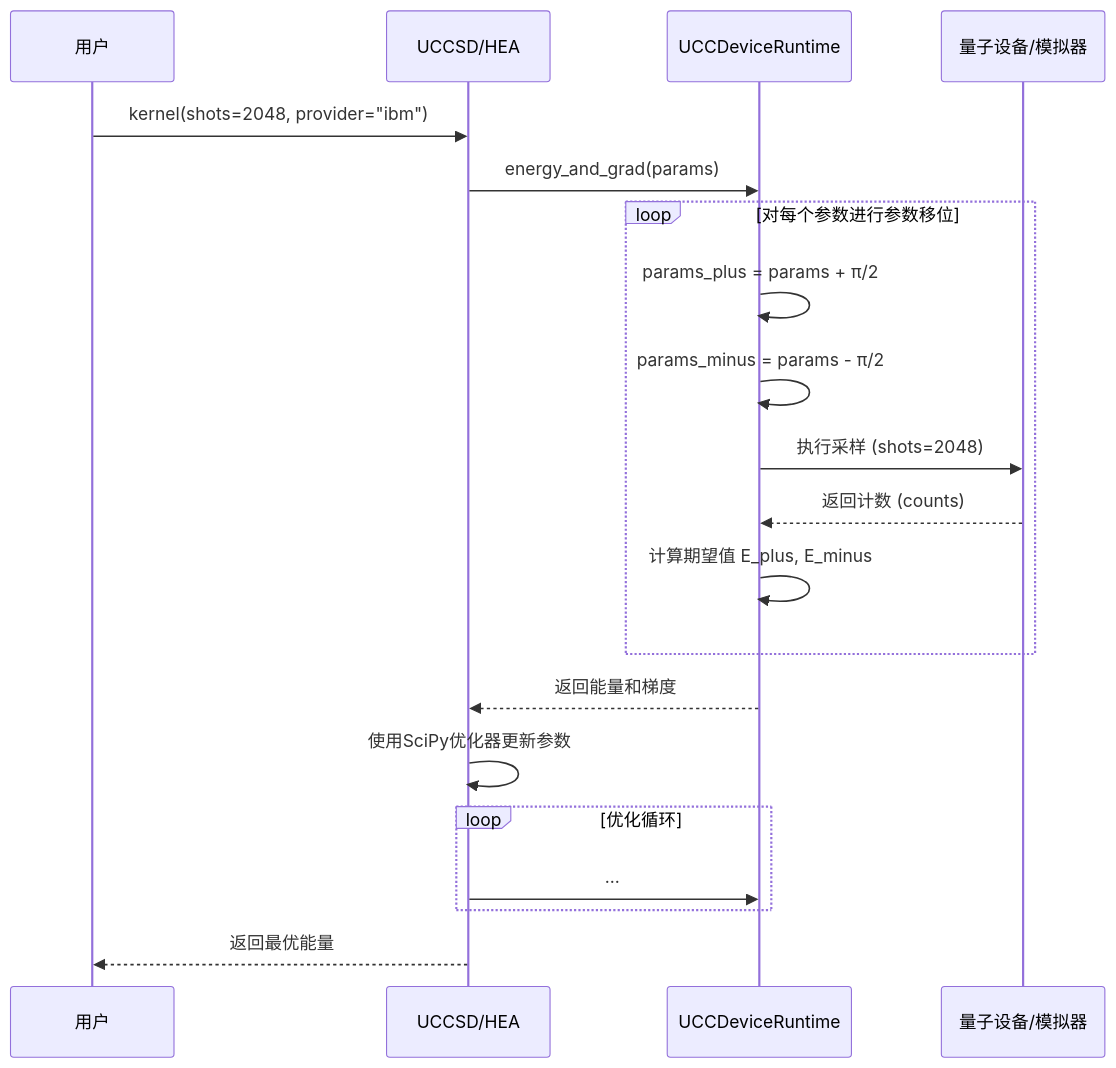
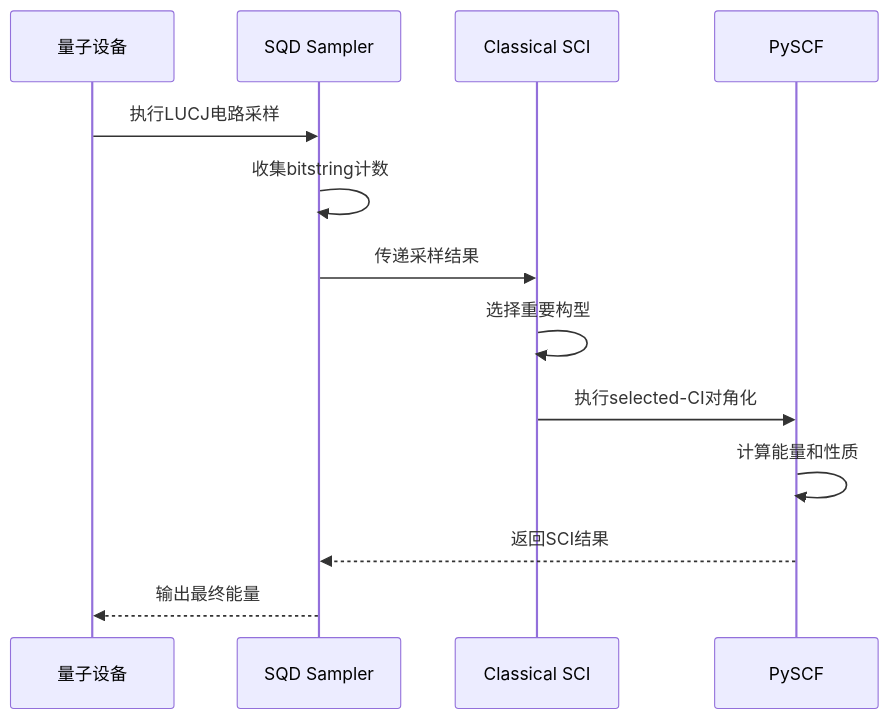
The second of 2 diagrams in .qoder/repowiki/zh/content/量子化学应用/量子化学算法/量子化学算法.md (QureGenAI-Biotech/TyxonQ), drawn with Mermaid before and after one commit. The commit also changed other lines of this file and 9 other files, not shown here.

````diff
--- a/.qoder/repowiki/zh/content/量子化学应用/量子化学算法/量子化学算法.md
+++ b/.qoder/repowiki/zh/content/量子化学应用/量子化学算法/量子化学算法.md
@@ -140,22 +127,15 @@
 ```mermaid
 sequenceDiagram
-participant User as 用户
-participant Algorithm as UCCSD/HEA
-participant Runtime as UCCDeviceRuntime
-participant Device as 量子设备/模拟器
-User->>Algorithm : kernel(shots=2048, provider="ibm")
-Algorithm->>Runtime : energy_and_grad(params)
-loop 对每个参数进行参数移位
-Runtime->>Runtime : params_plus = params + π/2
-Runtime->>Runtime : params_minus = params - π/2
-Runtime->>Device : 执行采样 (shots=2048)
-Device-->>Runtime : 返回计数 (counts)
-Runtime->>Runtime : 计算期望值 E_plus, E_minus
-end
-Runtime-->>Algorithm : 返回能量和梯度
-Algorithm->>Algorithm : 使用SciPy优化器更新参数
-loop 优化循环
-Algorithm->>Runtime : ...
-end
-Algorithm-->>User : 返回最优能量
+participant Q as 量子设备
+participant S as SQD Sampler
+participant C as Classical SCI
+participant P as PySCF
+Q->>S : 执行LUCJ电路采样
+S->>S : 收集bitstring计数
+S->>C : 传递采样结果
+C->>C : 选择重要构型
+C->>P : 执行selected-CI对角化
+P->>P : 计算能量和性质
+P-->>S : 返回SCI结果
+S-->>Q : 输出最终能量
 ```
````
